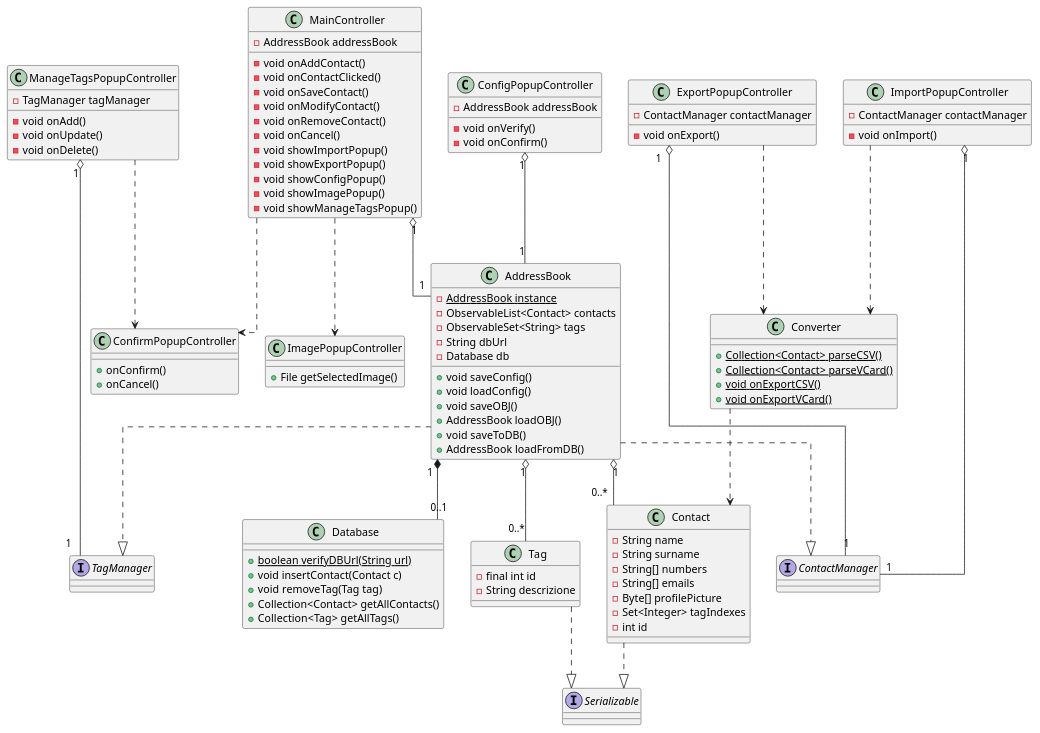
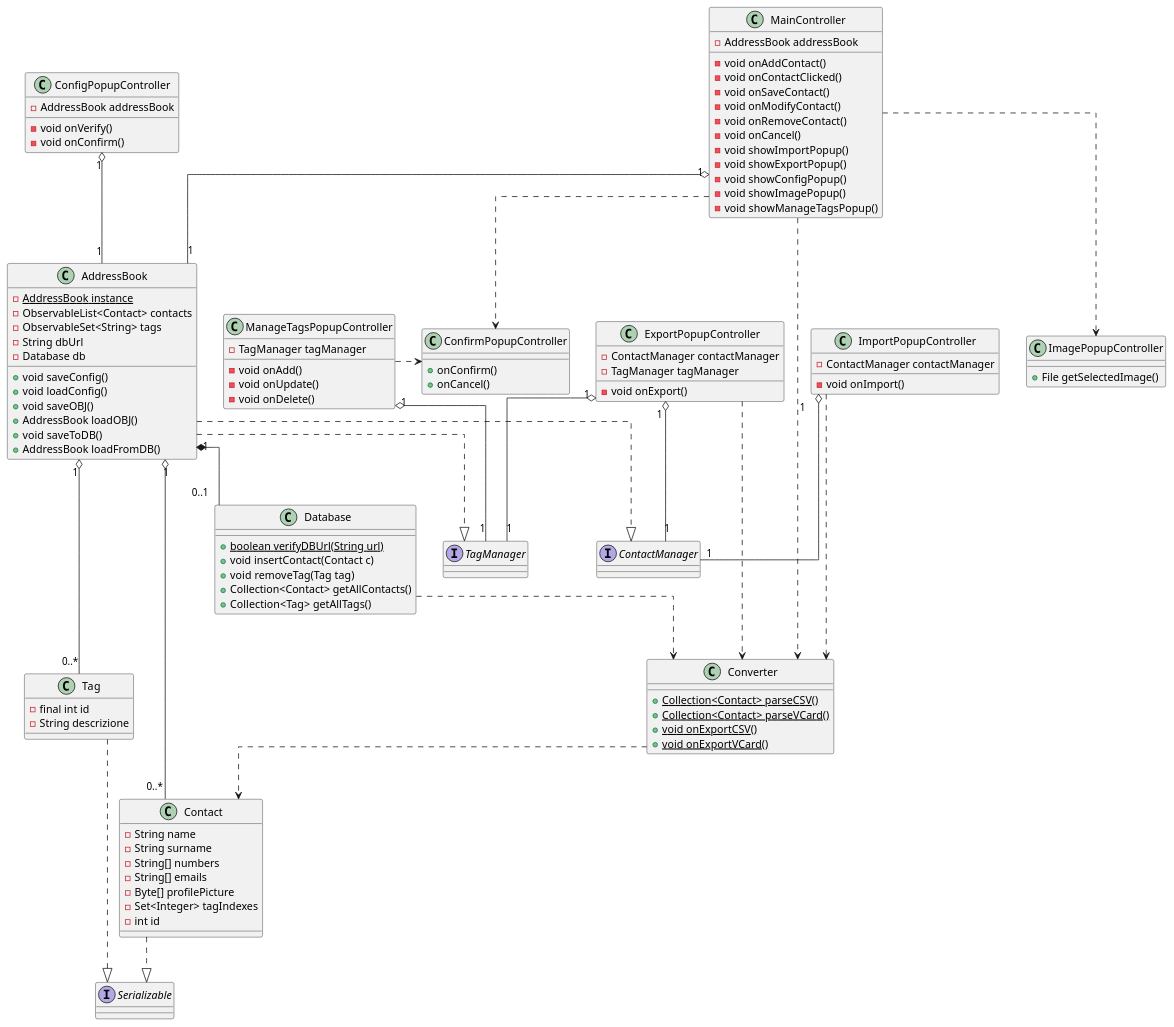
The diagram in documenti/diagrammi di classe/puml/diagrammaClassiEssenziale.puml (savaava/ProgettoRubrica), drawn with PlantUML before and after one commit. The commit also changed 6 other files, not shown here.

Commit message:
aggiunta diagrammi di package + completamento documento progetto pdf con fase di implementazione e testing + modifiche ai diagrammi di classe

```diff
--- a/documenti/diagrammi di classe/puml/diagrammaClassiEssenziale.puml
+++ b/documenti/diagrammi di classe/puml/diagrammaClassiEssenziale.puml
@@ -1,138 +1,143 @@
 @startuml DiagrammaClassiEssenziale
 skinparam linetype ortho
 'left to right direction
 
 
 '****************** CLASSI ******************
 class Contact {
     - String name 
     - String surname 
     - String[] numbers
     - String[] emails
     - Byte[] profilePicture
     - Set<Integer> tagIndexes  
     - int id
 }
 
 class AddressBook {
     - {static} AddressBook instance
     - ObservableList<Contact> contacts
     - ObservableSet<String> tags
     - String dbUrl
     - Database db
 
     + void saveConfig()
     + void loadConfig()
     + void saveOBJ()
     + AddressBook loadOBJ()
     + void saveToDB()
     + AddressBook loadFromDB()    
 }
 
 class MainController {
     - AddressBook addressBook
 
     - void onAddContact()
     - void onContactClicked()
     - void onSaveContact()
     - void onModifyContact()
     - void onRemoveContact()
     - void onCancel()
     - void showImportPopup()
     - void showExportPopup()
     - void showConfigPopup()
     - void showImagePopup()
     - void showManageTagsPopup()
 }
 
 class Converter {
     + {static} Collection<Contact> parseCSV()
     + {static} Collection<Contact> parseVCard()
     + {static} void onExportCSV()
     + {static} void onExportVCard()
 }
 
 class ImportPopupController {
     - ContactManager contactManager
     - void onImport()
 }
 
 class ExportPopupController {
     - ContactManager contactManager
+    - TagManager tagManager
     - void onExport()
 }
 
 class ManageTagsPopupController {
     - TagManager tagManager
     - void onAdd()
     - void onUpdate()
     - void onDelete()
 }
 
 class ImagePopupController {
     + File getSelectedImage()
 }
 
 class ConfirmPopupController {
     + onConfirm()
     + onCancel()
 }
 
 class ConfigPopupController {
     - AddressBook addressBook
 
     - void onVerify()
     - void onConfirm()
 }
 
 class Tag {
     - final int id
     - String descrizione
 }
 
 class Database {
     + {static} boolean verifyDBUrl(String url)
     + void insertContact(Contact c)
     + void removeTag(Tag tag)
     + Collection<Contact> getAllContacts()
     + Collection<Tag> getAllTags()
 } 
 
 '****************** INTERFACCE ******************
 interface Serializable
 
 interface TagManager {
 }
 
 interface ContactManager {
 }
 
 '****************** RELAZIONI ******************
 Contact ..|> Serializable
 
 Tag ..|> Serializable
 
 AddressBook "1" o-- "0..*" Contact
 AddressBook "1" *-- "0..1" Database
 AddressBook "1" o-- "0..*" Tag
 AddressBook ..|> TagManager
 AddressBook ..|> ContactManager
 
 MainController "1" o-- "1" AddressBook
 MainController ..> ImagePopupController
 MainController ..> ConfirmPopupController
+MainController ..> Converter
 
 Converter ..> Contact
 
 ImportPopupController "1" o-- "1" ContactManager
 ImportPopupController ..> Converter
 
 ExportPopupController "1" o-- "1" ContactManager
+ExportPopupController "1" o-- "1" TagManager
 ExportPopupController ..> Converter
 
-ManageTagsPopupController ..> ConfirmPopupController
+ManageTagsPopupController .> ConfirmPopupController
 ManageTagsPopupController "1" o-- "1" TagManager
 
 ConfigPopupController "1" o-- "1" AddressBook
 
+Database ..> Converter
+
 @enduml
```
